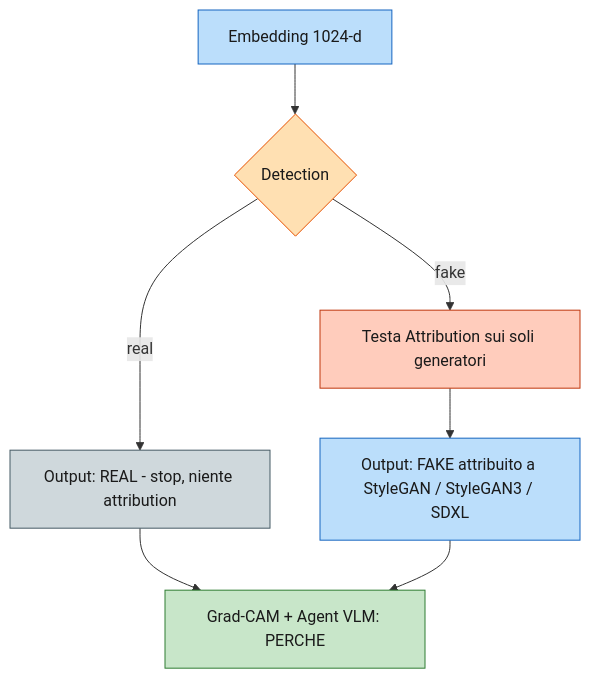
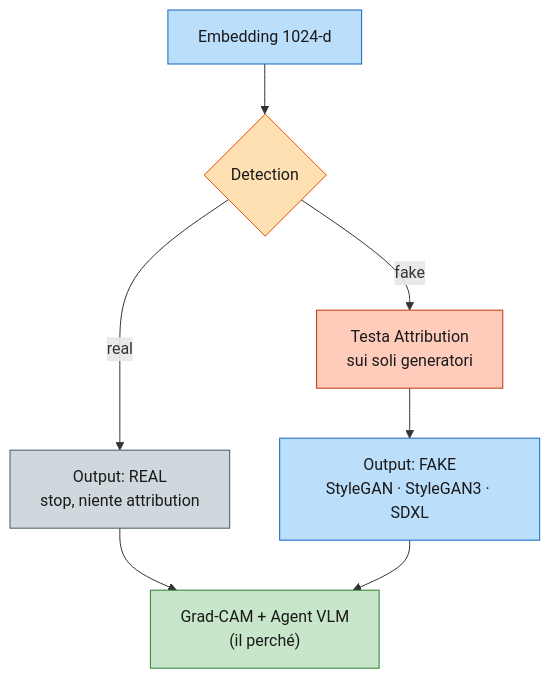
The second of 2 diagrams in Progetto/README.md (giuliopedicone02/MultimediaForensics), drawn with Mermaid before and after one commit. The commit also changed other lines of this file, not shown here.

Commit message:
Fix: etichette diagrammi README a capo con <br/> (no piu' testo troncato)

````diff
--- a/Progetto/README.md
+++ b/Progetto/README.md
@@ -58,21 +58,21 @@
 ```mermaid
 flowchart TD
-    START[Embedding 1024-d] --> D{Detection}
-    D -->|real| R[Output: REAL - stop, niente attribution]
-    D -->|fake| A[Testa Attribution sui soli generatori]
-    A --> O[Output: FAKE attribuito a StyleGAN / StyleGAN3 / SDXL]
-    R --> X[Grad-CAM + Agent VLM: PERCHE]
+    START["Embedding 1024-d"] --> D{"Detection"}
+    D -->|real| R["Output: REAL<br/>stop, niente attribution"]
+    D -->|fake| A["Testa Attribution<br/>sui soli generatori"]
+    A --> O["Output: FAKE<br/>StyleGAN · StyleGAN3 · SDXL"]
+    R --> X["Grad-CAM + Agent VLM<br/>(il perché)"]
     O --> X
 
     classDef io   fill:#bbdefb,stroke:#1565c0,color:#1a1a1a
     classDef det  fill:#ffe0b2,stroke:#e65100,color:#1a1a1a
     classDef attr fill:#ffccbc,stroke:#bf360c,color:#1a1a1a
     classDef stop fill:#cfd8dc,stroke:#455a64,color:#1a1a1a
     classDef vlm  fill:#c8e6c9,stroke:#2e7d32,color:#1a1a1a
     class START io
     class D det
     class A attr
     class O io
     class R stop
     class X vlm
 ```
````
